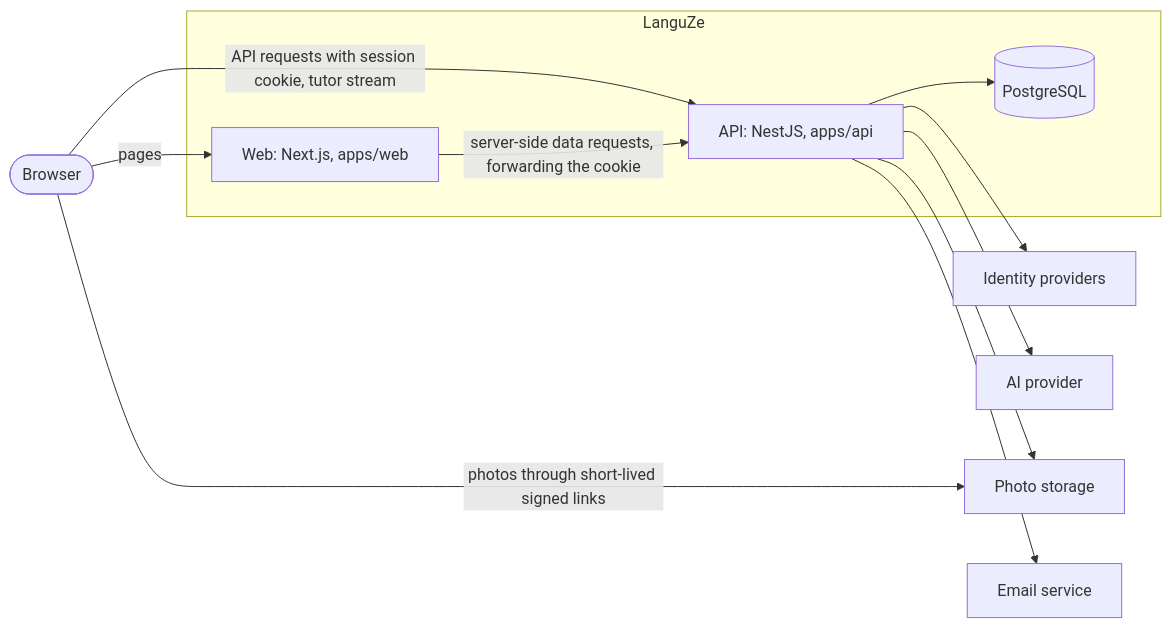
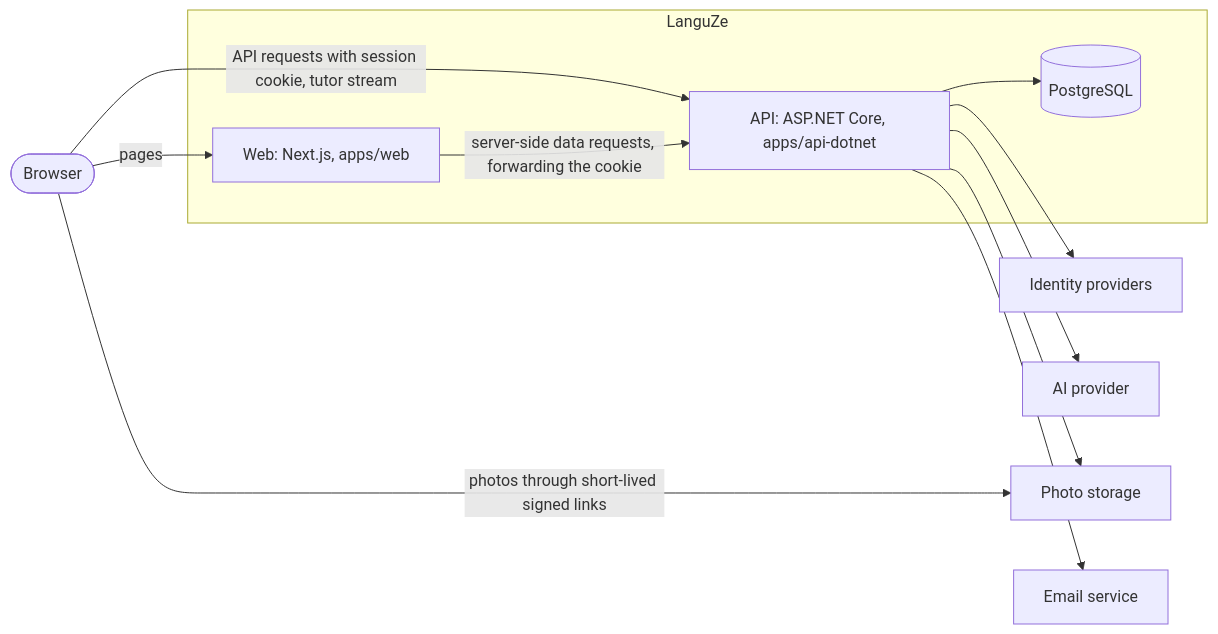
The second of 4 diagrams in code/docs/architecture/overview.md (cha130y/languze-overview), drawn with Mermaid before and after one commit. The commit also changed other lines of this file and 236 other files, not shown here.

Commit message:
feat(api): port application to ASP.NET Core

````diff
--- a/code/docs/architecture/overview.md
+++ b/code/docs/architecture/overview.md
@@ -48,22 +49,22 @@
 ```mermaid
 flowchart LR
   browser(["Browser"])
   subgraph lz["LanguZe"]
     web["Web: Next.js, apps/web"]
-    api["API: NestJS, apps/api"]
+    api["API: ASP.NET Core, apps/api-dotnet"]
     db[("PostgreSQL")]
   end
   idp["Identity providers"]
   ai["AI provider"]
   store["Photo storage"]
   mail["Email service"]
   browser -->|"pages"| web
   browser -->|"API requests with session cookie, tutor stream"| api
   browser -->|"photos through short-lived signed links"| store
   web -->|"server-side data requests, forwarding the cookie"| api
   api --> db
   api --> idp
   api --> ai
   api --> store
   api --> mail
 ```
````
